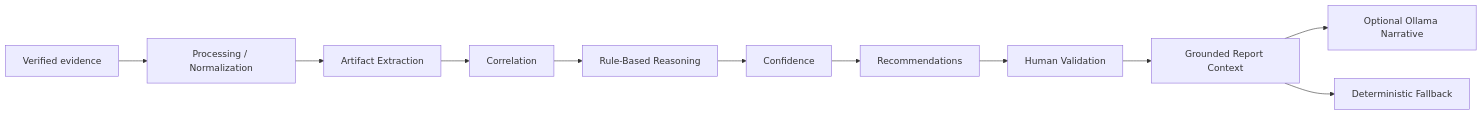
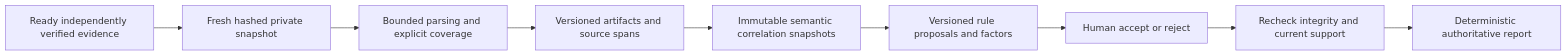
The diagram in docs/ai-architecture.md (shikhar-sahay/provena), drawn with Mermaid before and after one commit. The commit also changed other lines of this file and 12 other files, not shown here.

````diff
--- a/docs/ai-architecture.md
+++ b/docs/ai-architecture.md
@@ -103,13 +9,11 @@
 ```mermaid
 flowchart LR
-    V[Verified evidence] --> P[Processing / Normalization]
-    P --> X[Artifact Extraction]
-    X --> C[Correlation]
-    C --> R[Rule-Based Reasoning]
-    R --> S[Confidence]
-    S --> Rec[Recommendations]
-    Rec --> H[Human Validation]
-    H --> D[Grounded Report Context]
-    D --> L[Optional Ollama Narrative]
-    D --> F[Deterministic Fallback]
+    E[Ready independently verified evidence] --> S[Fresh hashed private snapshot]
+    S --> P[Bounded parsing and explicit coverage]
+    P --> A[Versioned artifacts and source spans]
+    A --> C[Immutable semantic correlation snapshots]
+    C --> F[Versioned rule proposals and factors]
+    F --> H[Human accept or reject]
+    H --> V[Recheck integrity and current support]
+    V --> R[Deterministic authoritative report]
 ```
````
